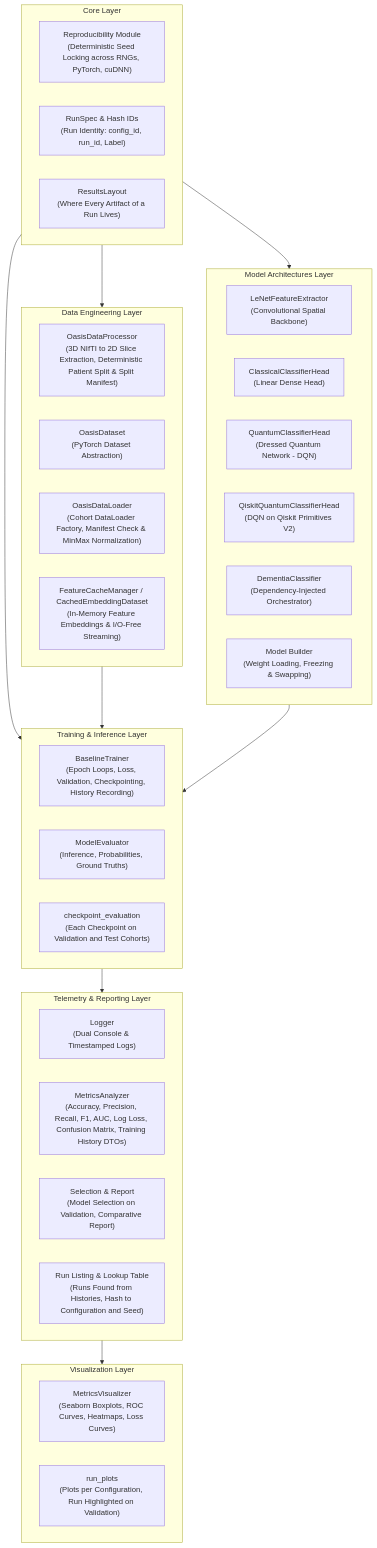
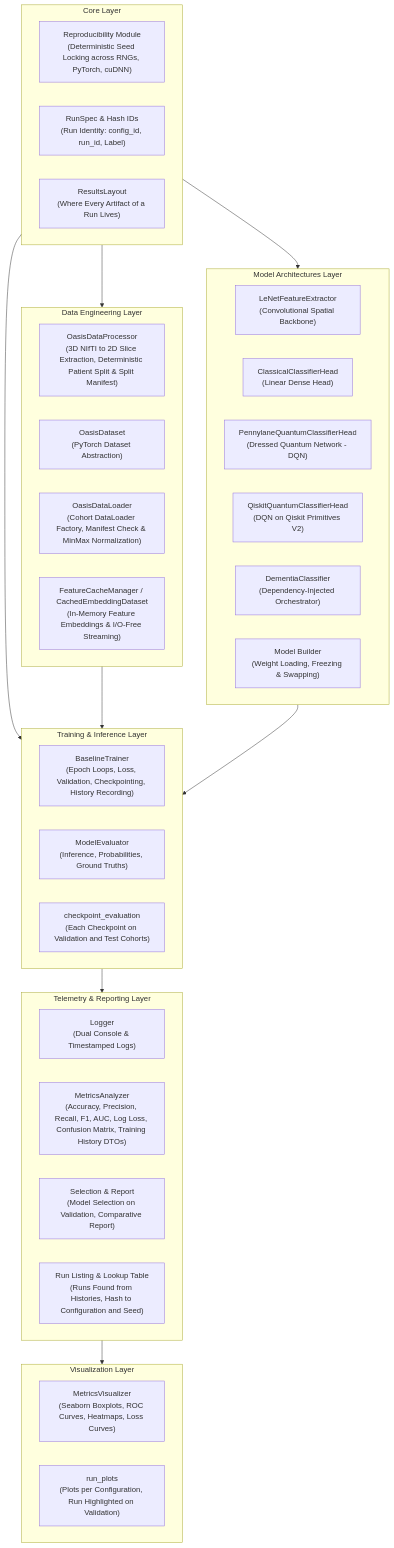
One commit to IC-QML-QTL-Dementia-Detection/dementia-boost changed the first of 6 diagrams in docs/architecture.md. Above: the diagram before and after it, drawn with Mermaid. The commit also changed other lines of this file and 1 other file, not shown here.

````diff
--- a/docs/architecture.md
+++ b/docs/architecture.md
@@ -11,50 +11,50 @@
 ```mermaid
 flowchart TD
     subgraph Core ["Core Layer"]
         REP["Reproducibility Module<br/>(Deterministic Seed Locking across RNGs, PyTorch, cuDNN)"]
         IDN["RunSpec & Hash IDs<br/>(Run Identity: config_id, run_id, Label)"]
         LAY["ResultsLayout<br/>(Where Every Artifact of a Run Lives)"]
     end
 
     subgraph Data ["Data Engineering Layer"]
         ETL_NIFTI["OasisDataProcessor<br/>(3D NIfTI to 2D Slice Extraction, Deterministic Patient Split & Split Manifest)"]
         DS["OasisDataset<br/>(PyTorch Dataset Abstraction)"]
         DL["OasisDataLoader<br/>(Cohort DataLoader Factory, Manifest Check & MinMax Normalization)"]
         CACHE["FeatureCacheManager / CachedEmbeddingDataset<br/>(In-Memory Feature Embeddings & I/O-Free Streaming)"]
     end
 
     subgraph Models ["Model Architectures Layer"]
         FE["LeNetFeatureExtractor<br/>(Convolutional Spatial Backbone)"]
         CH["ClassicalClassifierHead<br/>(Linear Dense Head)"]
-        QH["QuantumClassifierHead<br/>(Dressed Quantum Network - DQN)"]
+        QH["PennylaneQuantumClassifierHead<br/>(Dressed Quantum Network - DQN)"]
         QKH["QiskitQuantumClassifierHead<br/>(DQN on Qiskit Primitives V2)"]
         DC["DementiaClassifier<br/>(Dependency-Injected Orchestrator)"]
         BUILDER["Model Builder<br/>(Weight Loading, Freezing & Swapping)"]
     end
 
     subgraph Training ["Training & Inference Layer"]
         TR["BaselineTrainer<br/>(Epoch Loops, Loss, Validation, Checkpointing, History Recording)"]
         EV["ModelEvaluator<br/>(Inference, Probabilities, Ground Truths)"]
         CEV["checkpoint_evaluation<br/>(Each Checkpoint on Validation and Test Cohorts)"]
     end
 
     subgraph Telemetry ["Telemetry & Reporting Layer"]
         LOG["Logger<br/>(Dual Console & Timestamped Logs)"]
         MET["MetricsAnalyzer<br/>(Accuracy, Precision, Recall, F1, AUC, Log Loss, Confusion Matrix, Training History DTOs)"]
         SEL["Selection & Report<br/>(Model Selection on Validation, Comparative Report)"]
         LST["Run Listing & Lookup Table<br/>(Runs Found from Histories, Hash to Configuration and Seed)"]
     end
 
     subgraph Viz ["Visualization Layer"]
         VIS["MetricsVisualizer<br/>(Seaborn Boxplots, ROC Curves, Heatmaps, Loss Curves)"]
         RPL["run_plots<br/>(Plots per Configuration, Run Highlighted on Validation)"]
     end
 
     Core --> Data
     Core --> Models
     Core --> Training
     Data --> Training
     Models --> Training
     Training --> Telemetry
     Telemetry --> Viz
 ```
````
